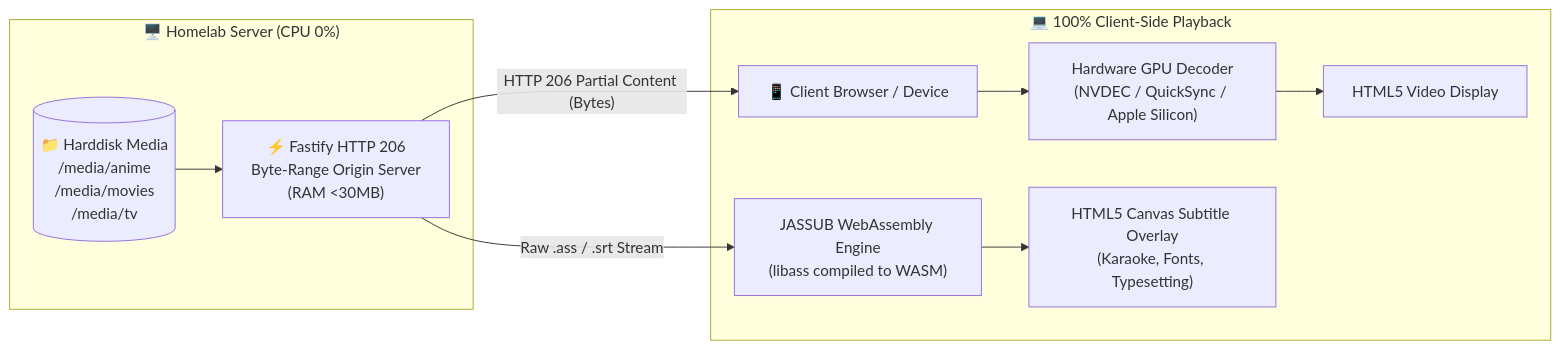
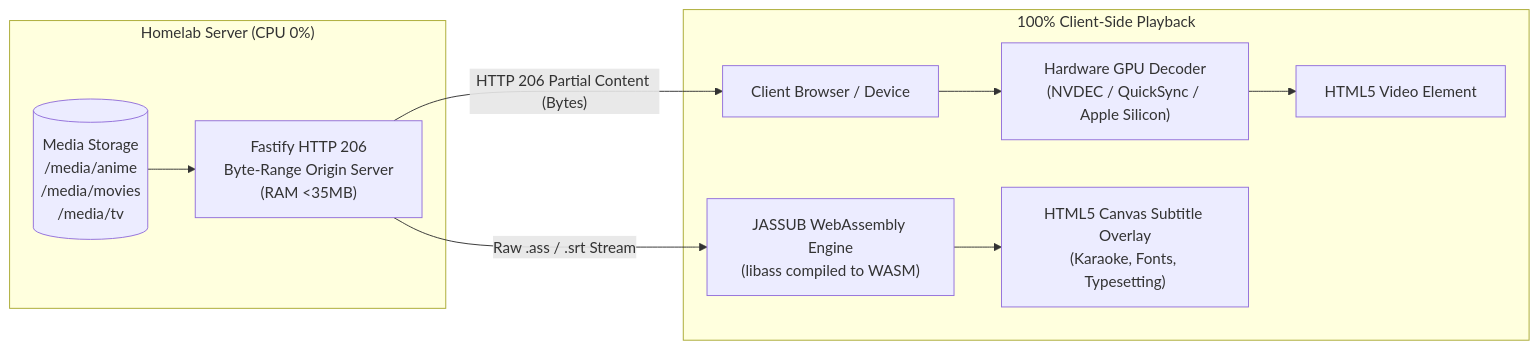
One commit to srytmj/stream-vault changed the diagram in README.md. Above: the diagram before and after it, drawn with Mermaid. The commit also changed other lines of this file and 5 other files, not shown here.

````diff
--- a/README.md
+++ b/README.md
@@ -16,15 +42,15 @@
 ```mermaid
 graph LR
-    subgraph Server["🖥️ Homelab Server (CPU 0%)"]
-        Disk[("📁 Harddisk Media\n/media/anime\n/media/movies\n/media/tv")] --> Origin["⚡ Fastify HTTP 206\nByte-Range Origin Server\n(RAM <30MB)"]
+    subgraph Server["Homelab Server (CPU 0%)"]
+        Disk[("Media Storage\n/media/anime\n/media/movies\n/media/tv")] --> Origin["Fastify HTTP 206\nByte-Range Origin Server\n(RAM <35MB)"]
     end
 
-    Origin -->|"HTTP 206 Partial Content (Bytes)"| Client["📱 Client Browser / Device"]
+    Origin -->|"HTTP 206 Partial Content (Bytes)"| Client["Client Browser / Device"]
 
-    subgraph ClientPlayer["💻 100% Client-Side Playback"]
+    subgraph ClientPlayer["100% Client-Side Playback"]
         Client --> Demux["Hardware GPU Decoder\n(NVDEC / QuickSync / Apple Silicon)"]
         Origin -->|"Raw .ass / .srt Stream"| Sub["JASSUB WebAssembly Engine\n(libass compiled to WASM)"]
-        Demux --> Screen["HTML5 Video Display"]
+        Demux --> Screen["HTML5 Video Element"]
         Sub --> Canvas["HTML5 Canvas Subtitle Overlay\n(Karaoke, Fonts, Typesetting)"]
     end
 ```
````
